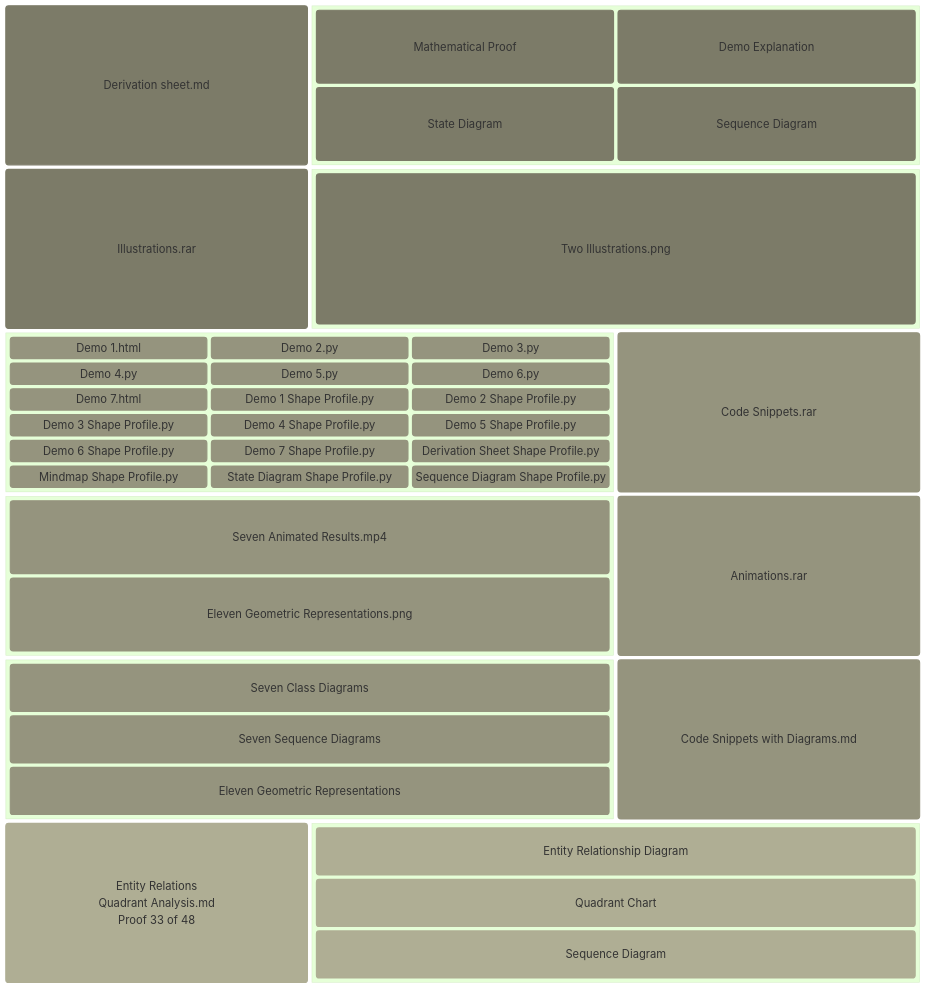
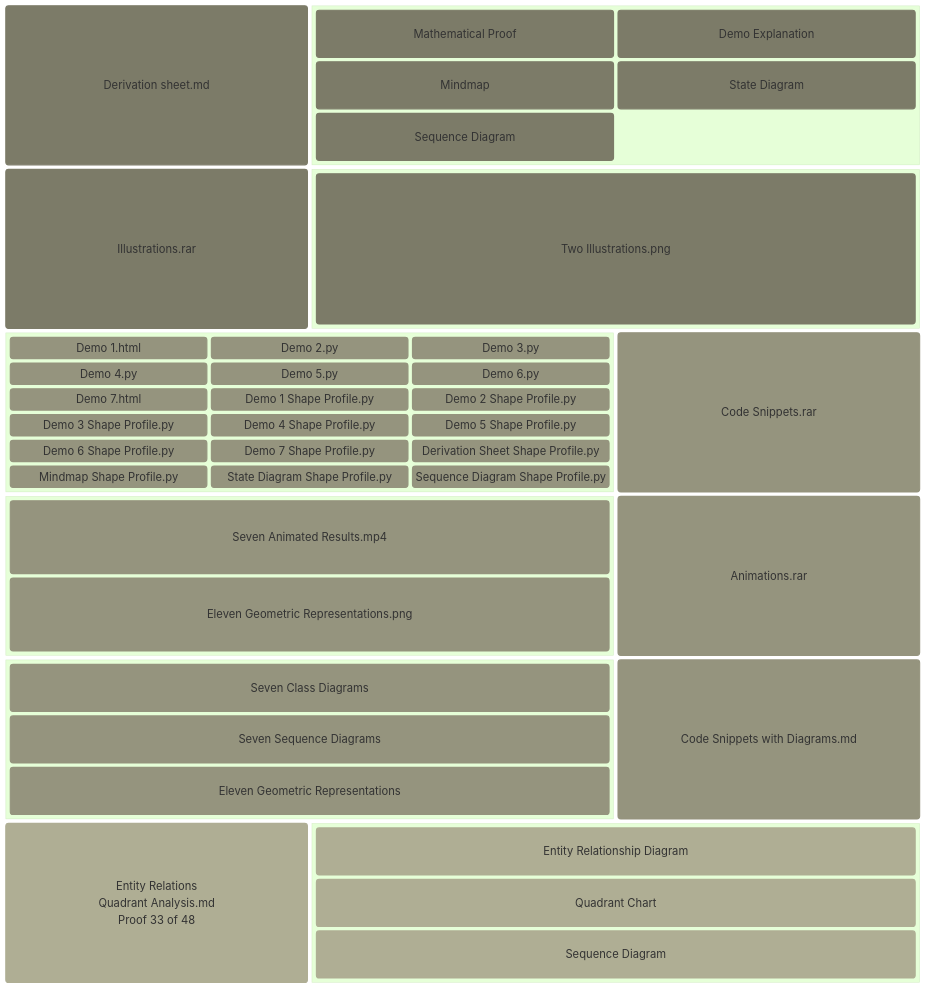
Before and after one commit to viadean/CDP: the first of 2 diagrams in Advanced Vector Calculus and Physical Dynamic/Block Diagram.md, drawn with Mermaid (forest theme).

Commit message:
Update Block Diagram.md

````diff
--- a/Advanced Vector Calculus and Physical Dynamic/Block Diagram.md
+++ b/Advanced Vector Calculus and Physical Dynamic/Block Diagram.md
@@ -11,57 +11,58 @@
 ```mermaid
 block
   columns 3
   %% 1-Derivaton Sheet
   DS("Derivation sheet.md")
   block:group1:2
   columns 2
   D1("Mathematical Proof")D2("Demo Explanation")
-  D3("State Diagram")D4("Sequence Diagram")
+  D3("Mindmap")D4("State Diagram")
+  D5("Sequence Diagram")
   end
   %% 2-Illustration
   I("Illustrations.rar")
   block:group2:2
   columns 1
   I1("Two Illustrations.png")
   end
   %% 3-Code Snipepts
   block:group3:2
   columns 3
   C1("Demo 1.html")C2("Demo 2.py")
   C3("Demo 3.py") C4("Demo 4.py")
   C5("Demo 5.py")C6("Demo 6.py")
   C7("Demo 7.html")C8("Demo 1 Shape Profile.py")
   C9("Demo 2 Shape Profile.py")C10("Demo 3 Shape Profile.py")
   C11("Demo 4 Shape Profile.py")C12("Demo 5 Shape Profile.py")
   C13("Demo 6 Shape Profile.py")C14("Demo 7 Shape Profile.py")
   C15("Derivation Sheet Shape Profile.py")C16("Mindmap Shape Profile.py")
   C17("State Diagram Shape Profile.py")C18("Sequence Diagram Shape Profile.py")
   end
   CS("Code Snippets.rar")
   %% 4-Animations
   block:group4:2
   columns 1
   A1("Seven Animated Results.mp4")A2("Eleven Geometric Representations.png")
   end
   A("Animations.rar")
   %% 5-Code Snippets with Diagrams
   block:group5:2
   columns 1
   CD1("Seven Class Diagrams")CD2("Seven Sequence Diagrams")
   CD3("Eleven Geometric Representations")
   end
   CD("Code Snippets with Diagrams.md")
   EQ("Entity Relations \n Quadrant Analysis.md\n Proof 33 of 48")
   block:group6:2
   columns 1
   E("Entity Relationship Diagram") Q("Quadrant Chart")
   S("Sequence Diagram")
   end
 classDef CI fill:#7c7b68,stroke:#7c7b68,stroke-width:2px,color:#fff,font-size:15pt
 classDef CII fill:#95947e,stroke:#95947e,stroke-width:2px,color:#fff,font-size:15pt
 classDef CIII fill:#afae94,stroke:#afae94,stroke-width:2px,color:#fff,font-size:15pt
 
-class DS,D1,D2,D3,D4,I,I1 CI
+class DS,D1,D2,D3,D4,D5,I,I1 CI
 class CS,C1,C2,C3,C4,C5,C6,C7,C8,C9,C10,C11,C12,C13,C14,C15,C16,C17,C18,A,A1,A2,CD,CD1,CD2,CD3 CII
 class EQ,E,Q,S CIII
 ```
````
